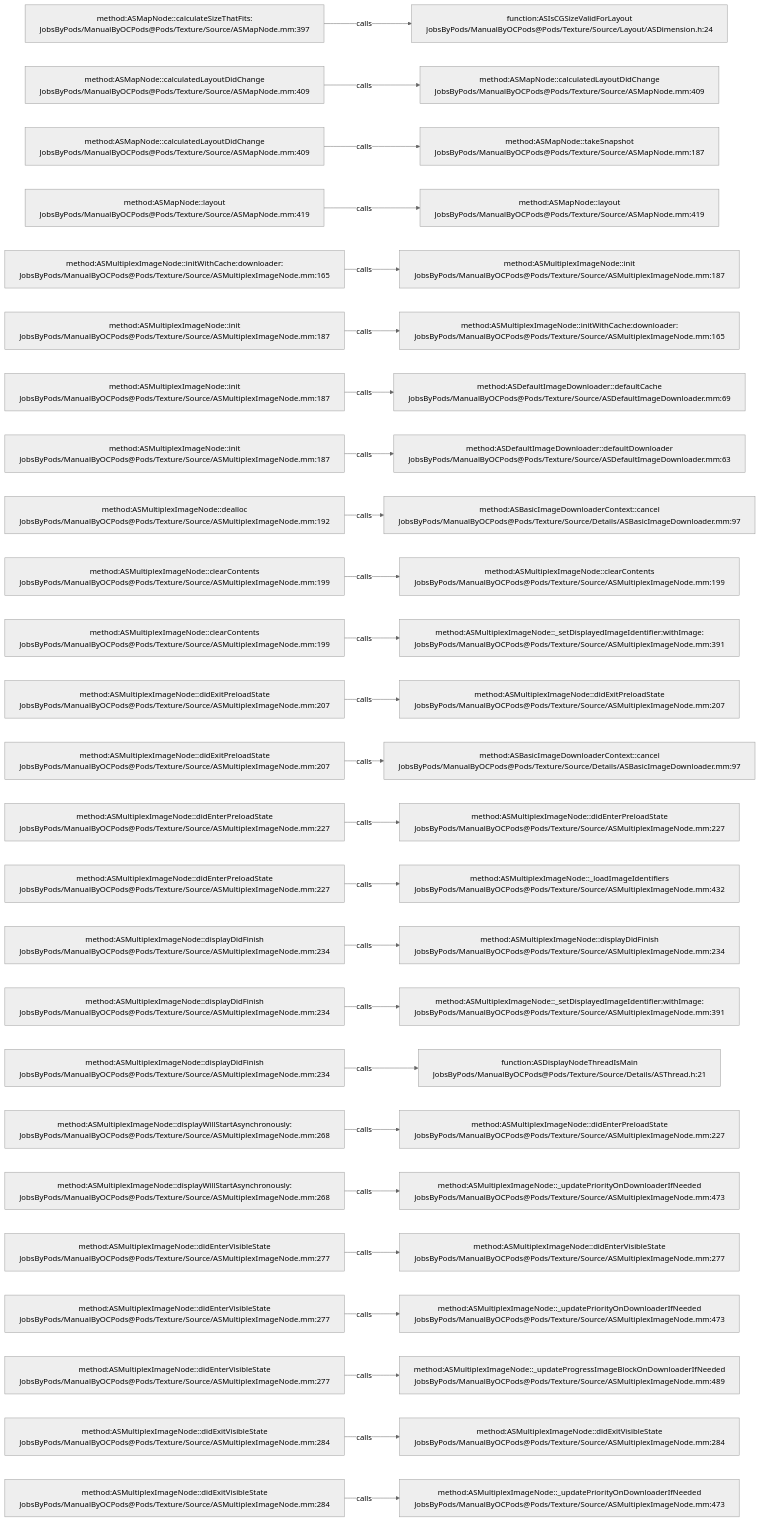
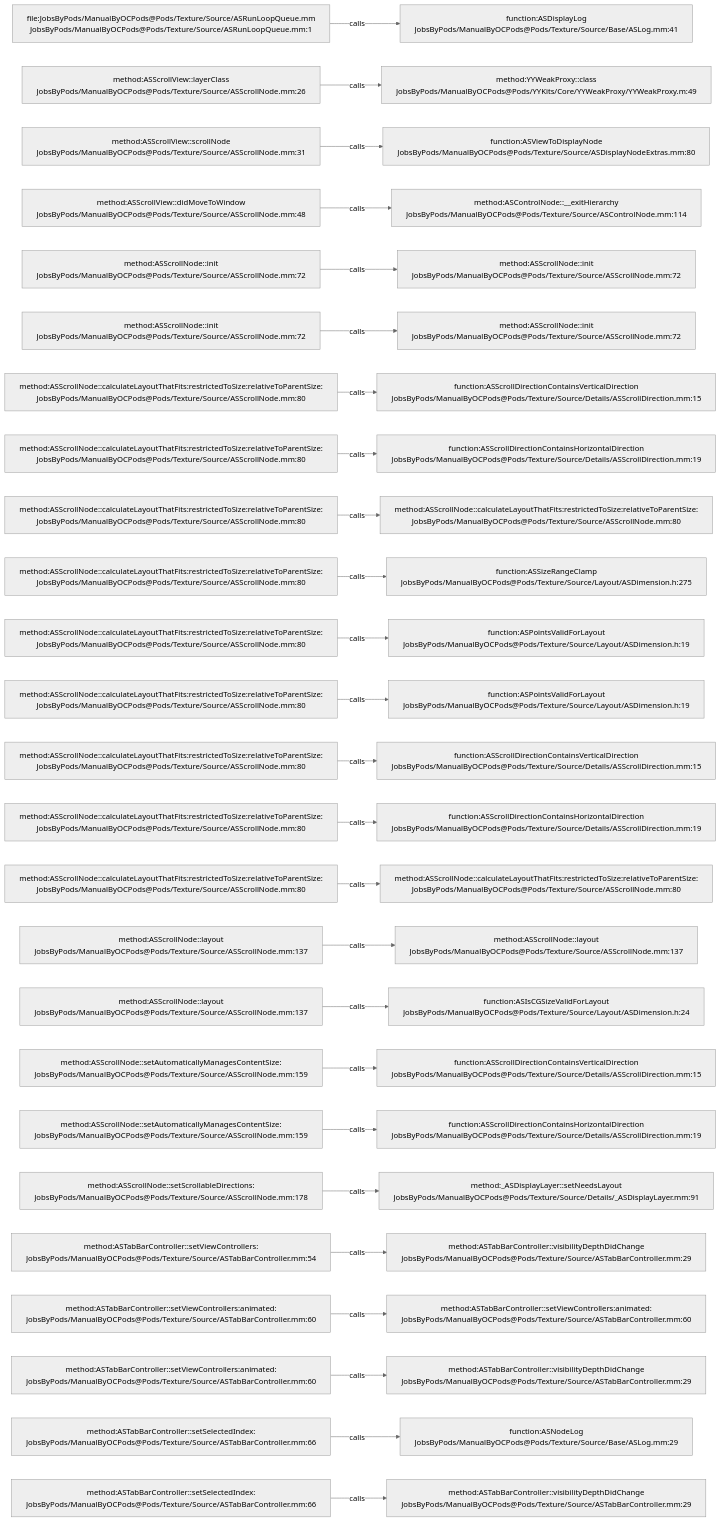
One commit to JobsKits/JobsOCBaseConfigDemo changed the diagram in .codegraph/codegraph.md/graphs/calls-106.md. Above: the diagram before and after it, drawn with Mermaid (neutral theme). The commit also changed 2723 other files, not shown here.

````diff
--- a/.codegraph/codegraph.md/graphs/calls-106.md
+++ b/.codegraph/codegraph.md/graphs/calls-106.md
@@ -13,78 +13,78 @@
 ```mermaid
 flowchart LR
-  S1["method:ASMapNode::calculateSizeThatFits:<br/>JobsByPods/ManualByOCPods@Pods/Texture/Source/ASMapNode.mm:397"]
-  T1["function:ASIsCGSizeValidForLayout<br/>JobsByPods/ManualByOCPods@Pods/Texture/Source/Layout/ASDimension.h:24"]
+  S1["file:JobsByPods/ManualByOCPods@Pods/Texture/Source/ASRunLoopQueue.mm<br/>JobsByPods/ManualByOCPods@Pods/Texture/Source/ASRunLoopQueue.mm:1"]
+  T1["function:ASDisplayLog<br/>JobsByPods/ManualByOCPods@Pods/Texture/Source/Base/ASLog.mm:41"]
   S1 -->|calls| T1
-  S2["method:ASMapNode::calculatedLayoutDidChange<br/>JobsByPods/ManualByOCPods@Pods/Texture/Source/ASMapNode.mm:409"]
-  T2["method:ASMapNode::calculatedLayoutDidChange<br/>JobsByPods/ManualByOCPods@Pods/Texture/Source/ASMapNode.mm:409"]
+  S2["method:ASScrollView::layerClass<br/>JobsByPods/ManualByOCPods@Pods/Texture/Source/ASScrollNode.mm:26"]
+  T2["method:YYWeakProxy::class<br/>JobsByPods/ManualByOCPods@Pods/YYKits/Core/YYWeakProxy/YYWeakProxy.m:49"]
   S2 -->|calls| T2
-  S3["method:ASMapNode::calculatedLayoutDidChange<br/>JobsByPods/ManualByOCPods@Pods/Texture/Source/ASMapNode.mm:409"]
-  T3["method:ASMapNode::takeSnapshot<br/>JobsByPods/ManualByOCPods@Pods/Texture/Source/ASMapNode.mm:187"]
+  S3["method:ASScrollView::scrollNode<br/>JobsByPods/ManualByOCPods@Pods/Texture/Source/ASScrollNode.mm:31"]
+  T3["function:ASViewToDisplayNode<br/>JobsByPods/ManualByOCPods@Pods/Texture/Source/ASDisplayNodeExtras.mm:80"]
   S3 -->|calls| T3
-  S4["method:ASMapNode::layout<br/>JobsByPods/ManualByOCPods@Pods/Texture/Source/ASMapNode.mm:419"]
-  T4["method:ASMapNode::layout<br/>JobsByPods/ManualByOCPods@Pods/Texture/Source/ASMapNode.mm:419"]
+  S4["method:ASScrollView::didMoveToWindow<br/>JobsByPods/ManualByOCPods@Pods/Texture/Source/ASScrollNode.mm:48"]
+  T4["method:ASControlNode::__exitHierarchy<br/>JobsByPods/ManualByOCPods@Pods/Texture/Source/ASControlNode.mm:114"]
   S4 -->|calls| T4
-  S5["method:ASMultiplexImageNode::initWithCache:downloader:<br/>JobsByPods/ManualByOCPods@Pods/Texture/Source/ASMultiplexImageNode.mm:165"]
-  T5["method:ASMultiplexImageNode::init<br/>JobsByPods/ManualByOCPods@Pods/Texture/Source/ASMultiplexImageNode.mm:187"]
+  S5["method:ASScrollNode::init<br/>JobsByPods/ManualByOCPods@Pods/Texture/Source/ASScrollNode.mm:72"]
+  T5["method:ASScrollNode::init<br/>JobsByPods/ManualByOCPods@Pods/Texture/Source/ASScrollNode.mm:72"]
   S5 -->|calls| T5
-  S6["method:ASMultiplexImageNode::init<br/>JobsByPods/ManualByOCPods@Pods/Texture/Source/ASMultiplexImageNode.mm:187"]
-  T6["method:ASMultiplexImageNode::initWithCache:downloader:<br/>JobsByPods/ManualByOCPods@Pods/Texture/Source/ASMultiplexImageNode.mm:165"]
+  S6["method:ASScrollNode::init<br/>JobsByPods/ManualByOCPods@Pods/Texture/Source/ASScrollNode.mm:72"]
+  T6["method:ASScrollNode::init<br/>JobsByPods/ManualByOCPods@Pods/Texture/Source/ASScrollNode.mm:72"]
   S6 -->|calls| T6
-  S7["method:ASMultiplexImageNode::init<br/>JobsByPods/ManualByOCPods@Pods/Texture/Source/ASMultiplexImageNode.mm:187"]
-  T7["method:ASDefaultImageDownloader::defaultCache<br/>JobsByPods/ManualByOCPods@Pods/Texture/Source/ASDefaultImageDownloader.mm:69"]
+  S7["method:ASScrollNode::calculateLayoutThatFits:restrictedToSize:relativeToParentSize:<br/>JobsByPods/ManualByOCPods@Pods/Texture/Source/ASScrollNode.mm:80"]
+  T7["function:ASScrollDirectionContainsVerticalDirection<br/>JobsByPods/ManualByOCPods@Pods/Texture/Source/Details/ASScrollDirection.mm:15"]
   S7 -->|calls| T7
-  S8["method:ASMultiplexImageNode::init<br/>JobsByPods/ManualByOCPods@Pods/Texture/Source/ASMultiplexImageNode.mm:187"]
-  T8["method:ASDefaultImageDownloader::defaultDownloader<br/>JobsByPods/ManualByOCPods@Pods/Texture/Source/ASDefaultImageDownloader.mm:63"]
+  S8["method:ASScrollNode::calculateLayoutThatFits:restrictedToSize:relativeToParentSize:<br/>JobsByPods/ManualByOCPods@Pods/Texture/Source/ASScrollNode.mm:80"]
+  T8["function:ASScrollDirectionContainsHorizontalDirection<br/>JobsByPods/ManualByOCPods@Pods/Texture/Source/Details/ASScrollDirection.mm:19"]
   S8 -->|calls| T8
-  S9["method:ASMultiplexImageNode::dealloc<br/>JobsByPods/ManualByOCPods@Pods/Texture/Source/ASMultiplexImageNode.mm:192"]
-  T9["method:ASBasicImageDownloaderContext::cancel<br/>JobsByPods/ManualByOCPods@Pods/Texture/Source/Details/ASBasicImageDownloader.mm:97"]
+  S9["method:ASScrollNode::calculateLayoutThatFits:restrictedToSize:relativeToParentSize:<br/>JobsByPods/ManualByOCPods@Pods/Texture/Source/ASScrollNode.mm:80"]
+  T9["method:ASScrollNode::calculateLayoutThatFits:restrictedToSize:relativeToParentSize:<br/>JobsByPods/ManualByOCPods@Pods/Texture/Source/ASScrollNode.mm:80"]
   S9 -->|calls| T9
-  S10["method:ASMultiplexImageNode::clearContents<br/>JobsByPods/ManualByOCPods@Pods/Texture/Source/ASMultiplexImageNode.mm:199"]
-  T10["method:ASMultiplexImageNode::clearContents<br/>JobsByPods/ManualByOCPods@Pods/Texture/Source/ASMultiplexImageNode.mm:199"]
+  S10["method:ASScrollNode::calculateLayoutThatFits:restrictedToSize:relativeToParentSize:<br/>JobsByPods/ManualByOCPods@Pods/Texture/Source/ASScrollNode.mm:80"]
+  T10["function:ASSizeRangeClamp<br/>JobsByPods/ManualByOCPods@Pods/Texture/Source/Layout/ASDimension.h:275"]
   S10 -->|calls| T10
-  S11["method:ASMultiplexImageNode::clearContents<br/>JobsByPods/ManualByOCPods@Pods/Texture/Source/ASMultiplexImageNode.mm:199"]
-  T11["method:ASMultiplexImageNode::_setDisplayedImageIdentifier:withImage:<br/>JobsByPods/ManualByOCPods@Pods/Texture/Source/ASMultiplexImageNode.mm:391"]
+  S11["method:ASScrollNode::calculateLayoutThatFits:restrictedToSize:relativeToParentSize:<br/>JobsByPods/ManualByOCPods@Pods/Texture/Source/ASScrollNode.mm:80"]
+  T11["function:ASPointsValidForLayout<br/>JobsByPods/ManualByOCPods@Pods/Texture/Source/Layout/ASDimension.h:19"]
   S11 -->|calls| T11
-  S12["method:ASMultiplexImageNode::didExitPreloadState<br/>JobsByPods/ManualByOCPods@Pods/Texture/Source/ASMultiplexImageNode.mm:207"]
-  T12["method:ASMultiplexImageNode::didExitPreloadState<br/>JobsByPods/ManualByOCPods@Pods/Texture/Source/ASMultiplexImageNode.mm:207"]
+  S12["method:ASScrollNode::calculateLayoutThatFits:restrictedToSize:relativeToParentSize:<br/>JobsByPods/ManualByOCPods@Pods/Texture/Source/ASScrollNode.mm:80"]
+  T12["function:ASPointsValidForLayout<br/>JobsByPods/ManualByOCPods@Pods/Texture/Source/Layout/ASDimension.h:19"]
   S12 -->|calls| T12
-  S13["method:ASMultiplexImageNode::didExitPreloadState<br/>JobsByPods/ManualByOCPods@Pods/Texture/Source/ASMultiplexImageNode.mm:207"]
-  T13["method:ASBasicImageDownloaderContext::cancel<br/>JobsByPods/ManualByOCPods@Pods/Texture/Source/Details/ASBasicImageDownloader.mm:97"]
+  S13["method:ASScrollNode::calculateLayoutThatFits:restrictedToSize:relativeToParentSize:<br/>JobsByPods/ManualByOCPods@Pods/Texture/Source/ASScrollNode.mm:80"]
+  T13["function:ASScrollDirectionContainsVerticalDirection<br/>JobsByPods/ManualByOCPods@Pods/Texture/Source/Details/ASScrollDirection.mm:15"]
   S13 -->|calls| T13
-  S14["method:ASMultiplexImageNode::didEnterPreloadState<br/>JobsByPods/ManualByOCPods@Pods/Texture/Source/ASMultiplexImageNode.mm:227"]
-  T14["method:ASMultiplexImageNode::didEnterPreloadState<br/>JobsByPods/ManualByOCPods@Pods/Texture/Source/ASMultiplexImageNode.mm:227"]
+  S14["method:ASScrollNode::calculateLayoutThatFits:restrictedToSize:relativeToParentSize:<br/>JobsByPods/ManualByOCPods@Pods/Texture/Source/ASScrollNode.mm:80"]
+  T14["function:ASScrollDirectionContainsHorizontalDirection<br/>JobsByPods/ManualByOCPods@Pods/Texture/Source/Details/ASScrollDirection.mm:19"]
   S14 -->|calls| T14
-  S15["method:ASMultiplexImageNode::didEnterPreloadState<br/>JobsByPods/ManualByOCPods@Pods/Texture/Source/ASMultiplexImageNode.mm:227"]
-  T15["method:ASMultiplexImageNode::_loadImageIdentifiers<br/>JobsByPods/ManualByOCPods@Pods/Texture/Source/ASMultiplexImageNode.mm:432"]
+  S15["method:ASScrollNode::calculateLayoutThatFits:restrictedToSize:relativeToParentSize:<br/>JobsByPods/ManualByOCPods@Pods/Texture/Source/ASScrollNode.mm:80"]
+  T15["method:ASScrollNode::calculateLayoutThatFits:restrictedToSize:relativeToParentSize:<br/>JobsByPods/ManualByOCPods@Pods/Texture/Source/ASScrollNode.mm:80"]
   S15 -->|calls| T15
-  S16["method:ASMultiplexImageNode::displayDidFinish<br/>JobsByPods/ManualByOCPods@Pods/Texture/Source/ASMultiplexImageNode.mm:234"]
-  T16["method:ASMultiplexImageNode::displayDidFinish<br/>JobsByPods/ManualByOCPods@Pods/Texture/Source/ASMultiplexImageNode.mm:234"]
+  S16["method:ASScrollNode::layout<br/>JobsByPods/ManualByOCPods@Pods/Texture/Source/ASScrollNode.mm:137"]
+  T16["method:ASScrollNode::layout<br/>JobsByPods/ManualByOCPods@Pods/Texture/Source/ASScrollNode.mm:137"]
   S16 -->|calls| T16
-  S17["method:ASMultiplexImageNode::displayDidFinish<br/>JobsByPods/ManualByOCPods@Pods/Texture/Source/ASMultiplexImageNode.mm:234"]
-  T17["method:ASMultiplexImageNode::_setDisplayedImageIdentifier:withImage:<br/>JobsByPods/ManualByOCPods@Pods/Texture/Source/ASMultiplexImageNode.mm:391"]
+  S17["method:ASScrollNode::layout<br/>JobsByPods/ManualByOCPods@Pods/Texture/Source/ASScrollNode.mm:137"]
+  T17["function:ASIsCGSizeValidForLayout<br/>JobsByPods/ManualByOCPods@Pods/Texture/Source/Layout/ASDimension.h:24"]
   S17 -->|calls| T17
-  S18["method:ASMultiplexImageNode::displayDidFinish<br/>JobsByPods/ManualByOCPods@Pods/Texture/Source/ASMultiplexImageNode.mm:234"]
-  T18["function:ASDisplayNodeThreadIsMain<br/>JobsByPods/ManualByOCPods@Pods/Texture/Source/Details/ASThread.h:21"]
+  S18["method:ASScrollNode::setAutomaticallyManagesContentSize:<br/>JobsByPods/ManualByOCPods@Pods/Texture/Source/ASScrollNode.mm:159"]
+  T18["function:ASScrollDirectionContainsVerticalDirection<br/>JobsByPods/ManualByOCPods@Pods/Texture/Source/Details/ASScrollDirection.mm:15"]
   S18 -->|calls| T18
-  S19["method:ASMultiplexImageNode::displayWillStartAsynchronously:<br/>JobsByPods/ManualByOCPods@Pods/Texture/Source/ASMultiplexImageNode.mm:268"]
-  T19["method:ASMultiplexImageNode::didEnterPreloadState<br/>JobsByPods/ManualByOCPods@Pods/Texture/Source/ASMultiplexImageNode.mm:227"]
+  S19["method:ASScrollNode::setAutomaticallyManagesContentSize:<br/>JobsByPods/ManualByOCPods@Pods/Texture/Source/ASScrollNode.mm:159"]
+  T19["function:ASScrollDirectionContainsHorizontalDirection<br/>JobsByPods/ManualByOCPods@Pods/Texture/Source/Details/ASScrollDirection.mm:19"]
   S19 -->|calls| T19
-  S20["method:ASMultiplexImageNode::displayWillStartAsynchronously:<br/>JobsByPods/ManualByOCPods@Pods/Texture/Source/ASMultiplexImageNode.mm:268"]
-  T20["method:ASMultiplexImageNode::_updatePriorityOnDownloaderIfNeeded<br/>JobsByPods/ManualByOCPods@Pods/Texture/Source/ASMultiplexImageNode.mm:473"]
+  S20["method:ASScrollNode::setScrollableDirections:<br/>JobsByPods/ManualByOCPods@Pods/Texture/Source/ASScrollNode.mm:178"]
+  T20["method:_ASDisplayLayer::setNeedsLayout<br/>JobsByPods/ManualByOCPods@Pods/Texture/Source/Details/_ASDisplayLayer.mm:91"]
   S20 -->|calls| T20
-  S21["method:ASMultiplexImageNode::didEnterVisibleState<br/>JobsByPods/ManualByOCPods@Pods/Texture/Source/ASMultiplexImageNode.mm:277"]
-  T21["method:ASMultiplexImageNode::didEnterVisibleState<br/>JobsByPods/ManualByOCPods@Pods/Texture/Source/ASMultiplexImageNode.mm:277"]
+  S21["method:ASTabBarController::setViewControllers:<br/>JobsByPods/ManualByOCPods@Pods/Texture/Source/ASTabBarController.mm:54"]
+  T21["method:ASTabBarController::visibilityDepthDidChange<br/>JobsByPods/ManualByOCPods@Pods/Texture/Source/ASTabBarController.mm:29"]
   S21 -->|calls| T21
-  S22["method:ASMultiplexImageNode::didEnterVisibleState<br/>JobsByPods/ManualByOCPods@Pods/Texture/Source/ASMultiplexImageNode.mm:277"]
-  T22["method:ASMultiplexImageNode::_updatePriorityOnDownloaderIfNeeded<br/>JobsByPods/ManualByOCPods@Pods/Texture/Source/ASMultiplexImageNode.mm:473"]
+  S22["method:ASTabBarController::setViewControllers:animated:<br/>JobsByPods/ManualByOCPods@Pods/Texture/Source/ASTabBarController.mm:60"]
+  T22["method:ASTabBarController::setViewControllers:animated:<br/>JobsByPods/ManualByOCPods@Pods/Texture/Source/ASTabBarController.mm:60"]
   S22 -->|calls| T22
-  S23["method:ASMultiplexImageNode::didEnterVisibleState<br/>JobsByPods/ManualByOCPods@Pods/Texture/Source/ASMultiplexImageNode.mm:277"]
-  T23["method:ASMultiplexImageNode::_updateProgressImageBlockOnDownloaderIfNeeded<br/>JobsByPods/ManualByOCPods@Pods/Texture/Source/ASMultiplexImageNode.mm:489"]
+  S23["method:ASTabBarController::setViewControllers:animated:<br/>JobsByPods/ManualByOCPods@Pods/Texture/Source/ASTabBarController.mm:60"]
+  T23["method:ASTabBarController::visibilityDepthDidChange<br/>JobsByPods/ManualByOCPods@Pods/Texture/Source/ASTabBarController.mm:29"]
   S23 -->|calls| T23
-  S24["method:ASMultiplexImageNode::didExitVisibleState<br/>JobsByPods/ManualByOCPods@Pods/Texture/Source/ASMultiplexImageNode.mm:284"]
-  T24["method:ASMultiplexImageNode::didExitVisibleState<br/>JobsByPods/ManualByOCPods@Pods/Texture/Source/ASMultiplexImageNode.mm:284"]
+  S24["method:ASTabBarController::setSelectedIndex:<br/>JobsByPods/ManualByOCPods@Pods/Texture/Source/ASTabBarController.mm:66"]
+  T24["function:ASNodeLog<br/>JobsByPods/ManualByOCPods@Pods/Texture/Source/Base/ASLog.mm:29"]
   S24 -->|calls| T24
-  S25["method:ASMultiplexImageNode::didExitVisibleState<br/>JobsByPods/ManualByOCPods@Pods/Texture/Source/ASMultiplexImageNode.mm:284"]
-  T25["method:ASMultiplexImageNode::_updatePriorityOnDownloaderIfNeeded<br/>JobsByPods/ManualByOCPods@Pods/Texture/Source/ASMultiplexImageNode.mm:473"]
+  S25["method:ASTabBarController::setSelectedIndex:<br/>JobsByPods/ManualByOCPods@Pods/Texture/Source/ASTabBarController.mm:66"]
+  T25["method:ASTabBarController::visibilityDepthDidChange<br/>JobsByPods/ManualByOCPods@Pods/Texture/Source/ASTabBarController.mm:29"]
   S25 -->|calls| T25
 ```
````
